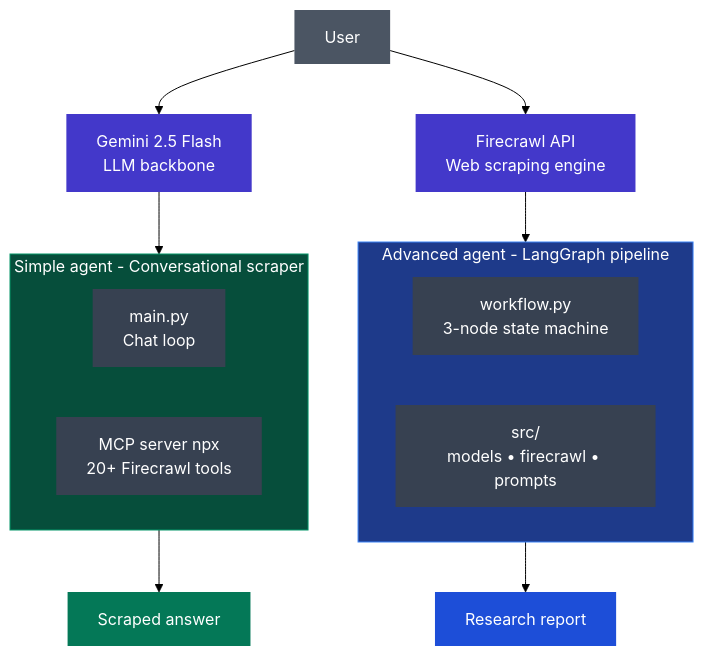
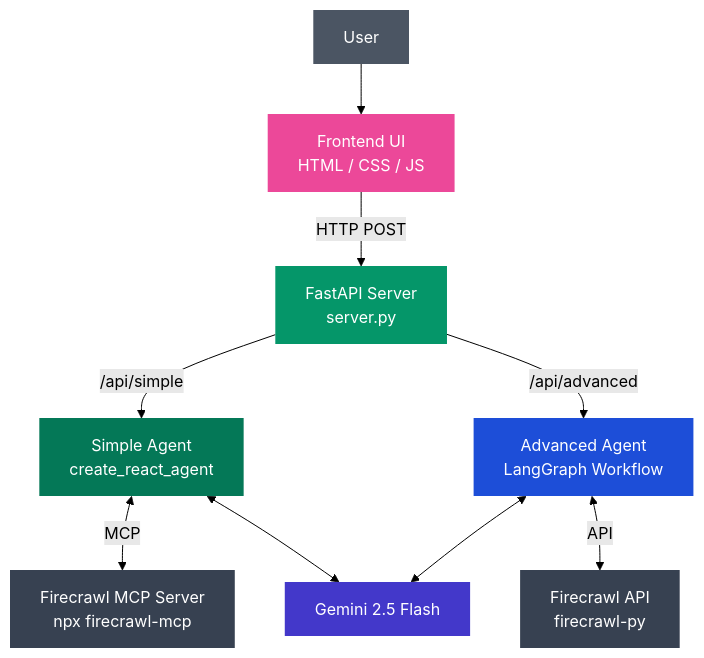
The first of 3 diagrams in README.md (SihanUdayaratna03/SentinelAI-Agent), drawn with Mermaid (forest theme) before and after one commit. The commit also changed other lines of this file and 6 other files, not shown here.

Commit message:
create frontend to Sentinel ai

````diff
--- a/README.md
+++ b/README.md
@@ -230,33 +228,23 @@
 ```mermaid
 graph TD
-    U[User] --> G[Gemini 2.5 Flash<br>LLM backbone]
-    U --> F[Firecrawl API<br>Web scraping engine]
+    U[User] --> FE[Frontend UI<br>HTML / CSS / JS]
+    FE -->|HTTP POST| BE[FastAPI Server<br>server.py]
     
-    subgraph SimpleAgent [Simple agent - Conversational scraper]
-        M1[main.py<br>Chat loop]
-        MCP[MCP server npx<br>20+ Firecrawl tools]
-    end
+    BE -->|/api/simple| SA[Simple Agent<br>create_react_agent]
+    BE -->|/api/advanced| AA[Advanced Agent<br>LangGraph Workflow]
     
-    subgraph AdvancedAgent [Advanced agent - LangGraph pipeline]
-        W1[workflow.py<br>3-node state machine]
-        S1[src/<br>models • firecrawl • prompts]
-    end
+    SA <-->|MCP| FC_MCP[Firecrawl MCP Server<br>npx firecrawl-mcp]
+    AA <-->|API| FC_API[Firecrawl API<br>firecrawl-py]
     
-    G --> SimpleAgent
-    F --> AdvancedAgent
-    
-    SimpleAgent --> A1[Scraped answer]
-    AdvancedAgent --> A2[Research report]
+    SA <--> G[Gemini 2.5 Flash]
+    AA <--> G
     
     style U fill:#4B5563,color:#fff,stroke:none
+    style FE fill:#ec4899,color:#fff,stroke:none
+    style BE fill:#059669,color:#fff,stroke:none
     style G fill:#4338CA,color:#fff,stroke:none
-    style F fill:#4338CA,color:#fff,stroke:none
-    style SimpleAgent fill:#064E3B,color:#fff,stroke:#059669
-    style AdvancedAgent fill:#1E3A8A,color:#fff,stroke:#3B82F6
-    style M1 fill:#374151,color:#fff,stroke:none
-    style MCP fill:#374151,color:#fff,stroke:none
-    style W1 fill:#374151,color:#fff,stroke:none
-    style S1 fill:#374151,color:#fff,stroke:none
-    style A1 fill:#047857,color:#fff,stroke:none
-    style A2 fill:#1D4ED8,color:#fff,stroke:none
+    style FC_MCP fill:#374151,color:#fff,stroke:none
+    style FC_API fill:#374151,color:#fff,stroke:none
+    style SA fill:#047857,color:#fff,stroke:none
+    style AA fill:#1D4ED8,color:#fff,stroke:none
 ```
````
